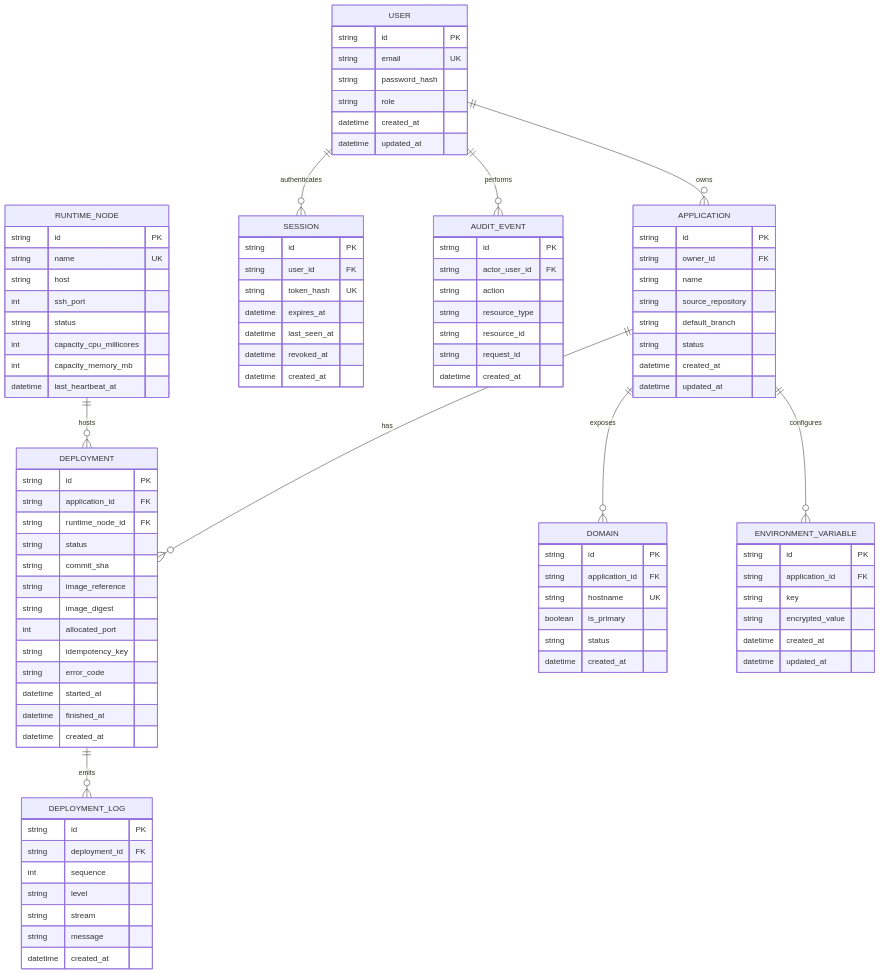
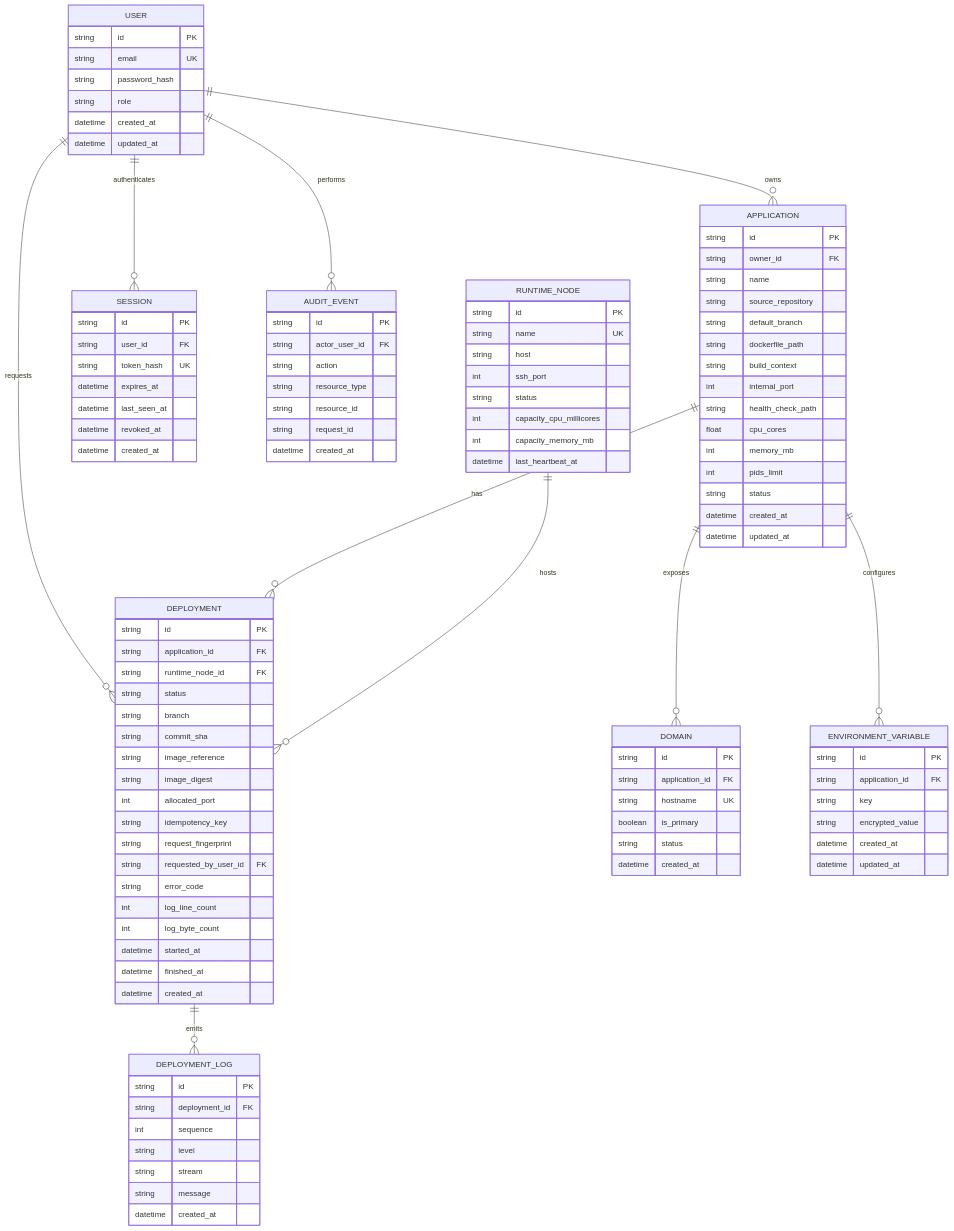
The diagram in docs/design/database-erd.md (OguLix/PAAS-Project), drawn with Mermaid before and after one commit. The commit also changed other lines of this file and 52 other files, not shown here.

```diff
--- a/docs/design/database-erd.md
+++ b/docs/design/database-erd.md
@@ -11,6 +11,7 @@
     USER ||--o{ APPLICATION : owns
     USER ||--o{ SESSION : authenticates
     USER ||--o{ AUDIT_EVENT : performs
+    USER ||--o{ DEPLOYMENT : requests
     APPLICATION ||--o{ DEPLOYMENT : has
     APPLICATION ||--o{ DOMAIN : exposes
     APPLICATION ||--o{ ENVIRONMENT_VARIABLE : configures
@@ -40,6 +41,13 @@
       string name
       string source_repository
       string default_branch
+      string dockerfile_path
+      string build_context
+      int internal_port
+      string health_check_path
+      float cpu_cores
+      int memory_mb
+      int pids_limit
       string status
       datetime created_at
       datetime updated_at
@@ -59,12 +67,17 @@
       string application_id FK
       string runtime_node_id FK
       string status
+      string branch
       string commit_sha
       string image_reference
       string image_digest
       int allocated_port
       string idempotency_key
+      string request_fingerprint
+      string requested_by_user_id FK
       string error_code
+      int log_line_count
+      int log_byte_count
       datetime started_at
       datetime finished_at
       datetime created_at
```
